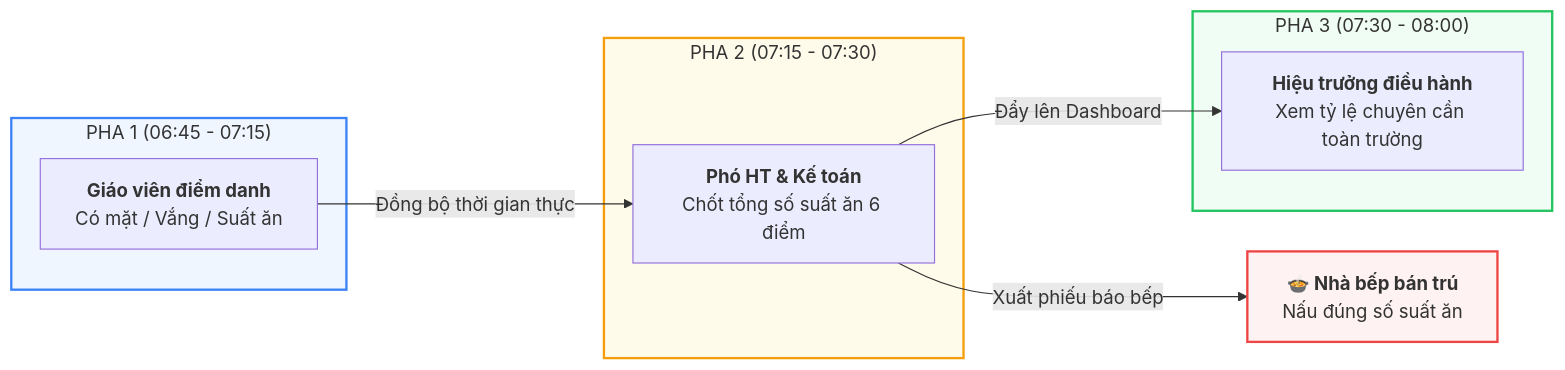
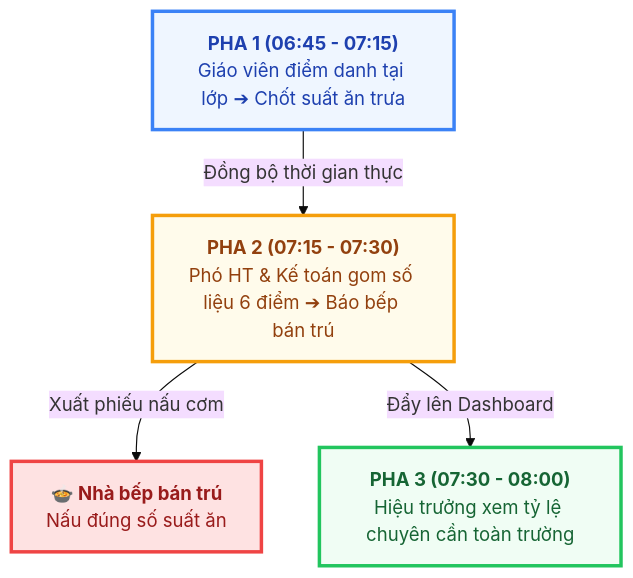
Before and after one commit to Phuc2009-c/quanlytruonghocc: the second of 5 diagrams in THUYET_MINH_VIBE_CODING_WORKFLOW_LOGIC.md, drawn with Mermaid. The commit also changed other lines of this file, not shown here.

````diff
--- a/THUYET_MINH_VIBE_CODING_WORKFLOW_LOGIC.md
+++ b/THUYET_MINH_VIBE_CODING_WORKFLOW_LOGIC.md
@@ -263,24 +327,14 @@
 ```mermaid
-graph LR
-    %% 3 Pha tuyến tính
-    subgraph P1 ["PHA 1 (06:45 - 07:15)"]
-        G1["<b>Giáo viên điểm danh</b><br/>Có mặt / Vắng / Suất ăn"]
-    end
+%%{init: {'theme': 'base', 'themeVariables': { 'fontSize': '16px', 'fontFamily': 'Arial' }}}%%
+graph TD
+    P1["<b>PHA 1 (06:45 - 07:15)</b><br/>Giáo viên điểm danh tại lớp ➔ Chốt suất ăn trưa"]
+    -->|"Đồng bộ thời gian thực"| P2["<b>PHA 2 (07:15 - 07:30)</b><br/>Phó HT & Kế toán gom số liệu 6 điểm ➔ Báo bếp bán trú"]
+    
+    P2 -->|"Xuất phiếu nấu cơm"| Bep["<b>🍲 Nhà bếp bán trú</b><br/>Nấu đúng số suất ăn"]
+    P2 -->|"Đẩy lên Dashboard"| P3["<b>PHA 3 (07:30 - 08:00)</b><br/>Hiệu trưởng xem tỷ lệ chuyên cần toàn trường"]
 
-    subgraph P2 ["PHA 2 (07:15 - 07:30)"]
-        G2["<b>Phó HT & Kế toán</b><br/>Chốt tổng số suất ăn 6 điểm"]
-    end
-
-    subgraph P3 ["PHA 3 (07:30 - 08:00)"]
-        G3["<b>Hiệu trưởng điều hành</b><br/>Xem tỷ lệ chuyên cần toàn trường"]
-    end
-
-    G1 -->|"Đồng bộ thời gian thực"| G2
-    G2 -->|"Xuất phiếu báo bếp"| Bep["<b>🍲 Nhà bếp bán trú</b><br/>Nấu đúng số suất ăn"]
-    G2 -->|"Đẩy lên Dashboard"| G3
-
-    style P1 fill:#eff6ff,stroke:#3b82f6,stroke-width:2px
-    style P2 fill:#fffbeb,stroke:#f59e0b,stroke-width:2px
-    style P3 fill:#f0fdf4,stroke:#22c55e,stroke-width:2px
-    style Bep fill:#fef2f2,stroke:#ef4444,stroke-width:2px
+    style P1 fill:#eff6ff,stroke:#3b82f6,stroke-width:3px,color:#1e40af
+    style P2 fill:#fffbeb,stroke:#f59e0b,stroke-width:3px,color:#92400e
+    style P3 fill:#f0fdf4,stroke:#22c55e,stroke-width:3px,color:#166534
+    style Bep fill:#fee2e2,stroke:#ef4444,stroke-width:3px,color:#991b1b
 ```
````
